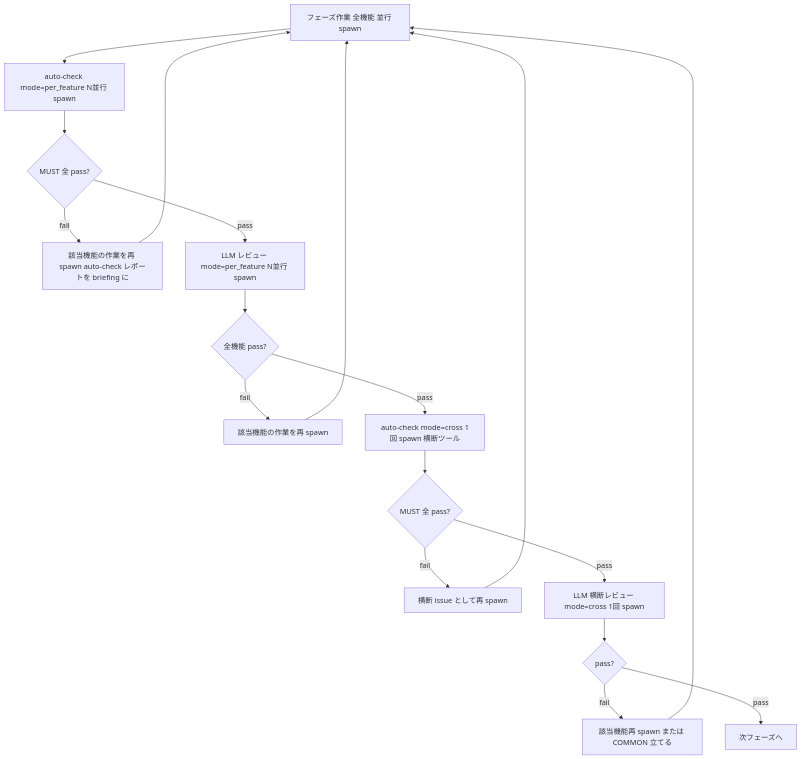
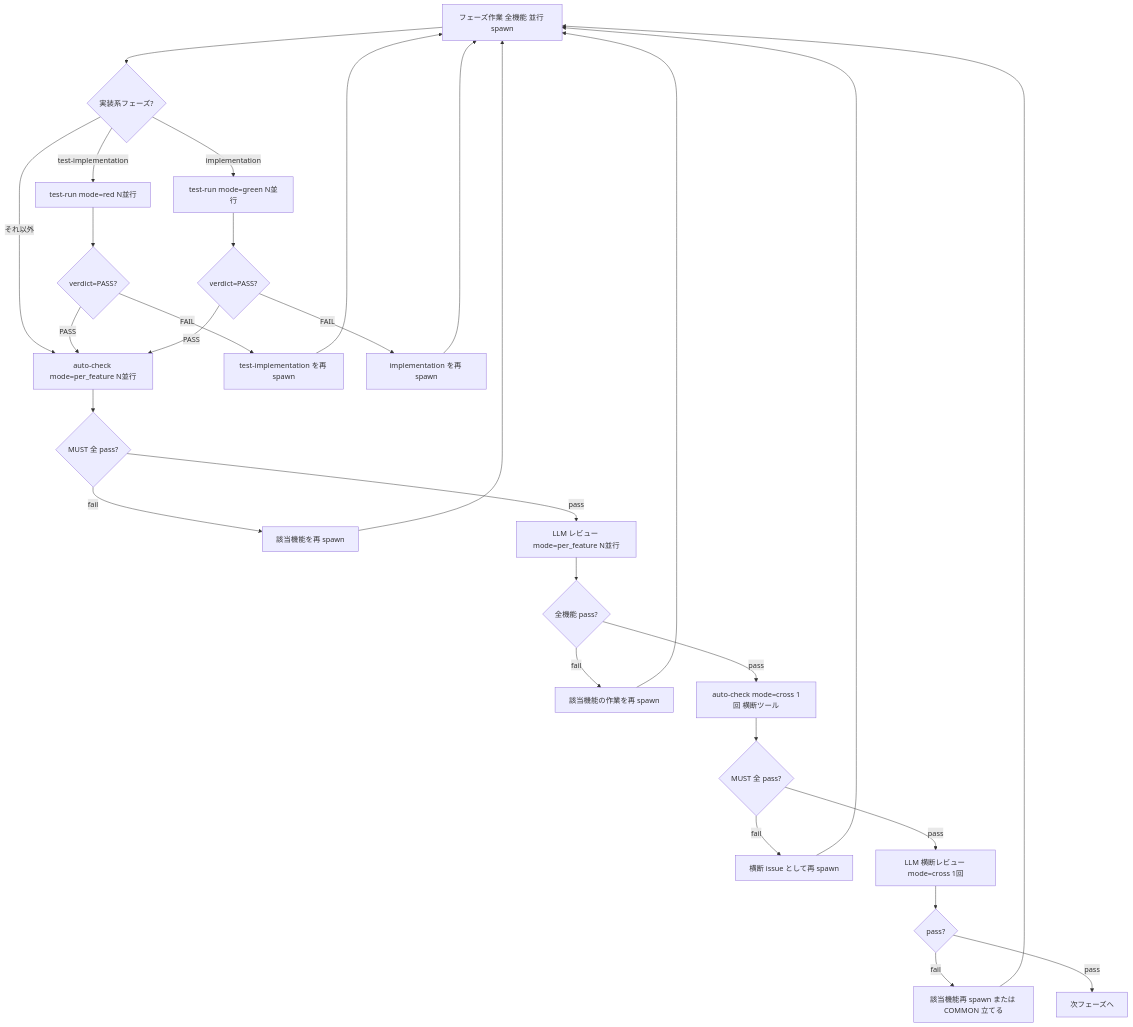
The third of 6 diagrams in docs/workflow-overview.md (yamasuki-/software_dev_workflow), drawn with Mermaid before and after one commit. The commit also changed other lines of this file and 9 other files, not shown here.

````diff
--- a/docs/workflow-overview.md
+++ b/docs/workflow-overview.md
@@ -75,21 +75,32 @@
 ```mermaid
 flowchart TD
     Phase[フェーズ作業 全機能 並行 spawn]
-    Phase --> AC1[auto-check mode=per_feature N並行 spawn]
+    Phase --> TR{実装系フェーズ?}
+    TR -->|test-implementation| TR1[test-run mode=red N並行]
+    TR -->|implementation| TR2[test-run mode=green N並行]
+    TR -->|それ以外| AC1[auto-check mode=per_feature N並行]
+    TR1 --> TR1R{verdict=PASS?}
+    TR1R -->|FAIL| BackTR1[test-implementation を再 spawn]
+    BackTR1 --> Phase
+    TR1R -->|PASS| AC1
+    TR2 --> TR2R{verdict=PASS?}
+    TR2R -->|FAIL| BackTR2[implementation を再 spawn]
+    BackTR2 --> Phase
+    TR2R -->|PASS| AC1
     AC1 --> AC1R{MUST 全 pass?}
-    AC1R -->|fail| BackAC[該当機能の作業を再 spawn auto-check レポートを briefing に]
+    AC1R -->|fail| BackAC[該当機能を再 spawn]
     BackAC --> Phase
-    AC1R -->|pass| R1[LLM レビュー mode=per_feature N並行 spawn]
+    AC1R -->|pass| R1[LLM レビュー mode=per_feature N並行]
     R1 --> R1R{全機能 pass?}
     R1R -->|fail| Back1[該当機能の作業を再 spawn]
     Back1 --> Phase
-    R1R -->|pass| AC2[auto-check mode=cross 1回 spawn 横断ツール]
+    R1R -->|pass| AC2[auto-check mode=cross 1回 横断ツール]
     AC2 --> AC2R{MUST 全 pass?}
     AC2R -->|fail| Back2[横断 issue として再 spawn]
     Back2 --> Phase
-    AC2R -->|pass| R2[LLM 横断レビュー mode=cross 1回 spawn]
+    AC2R -->|pass| R2[LLM 横断レビュー mode=cross 1回]
     R2 --> R2R{pass?}
     R2R -->|fail| Back3[該当機能再 spawn または COMMON 立てる]
     Back3 --> Phase
     R2R -->|pass| Next[次フェーズへ]
 ```
````
